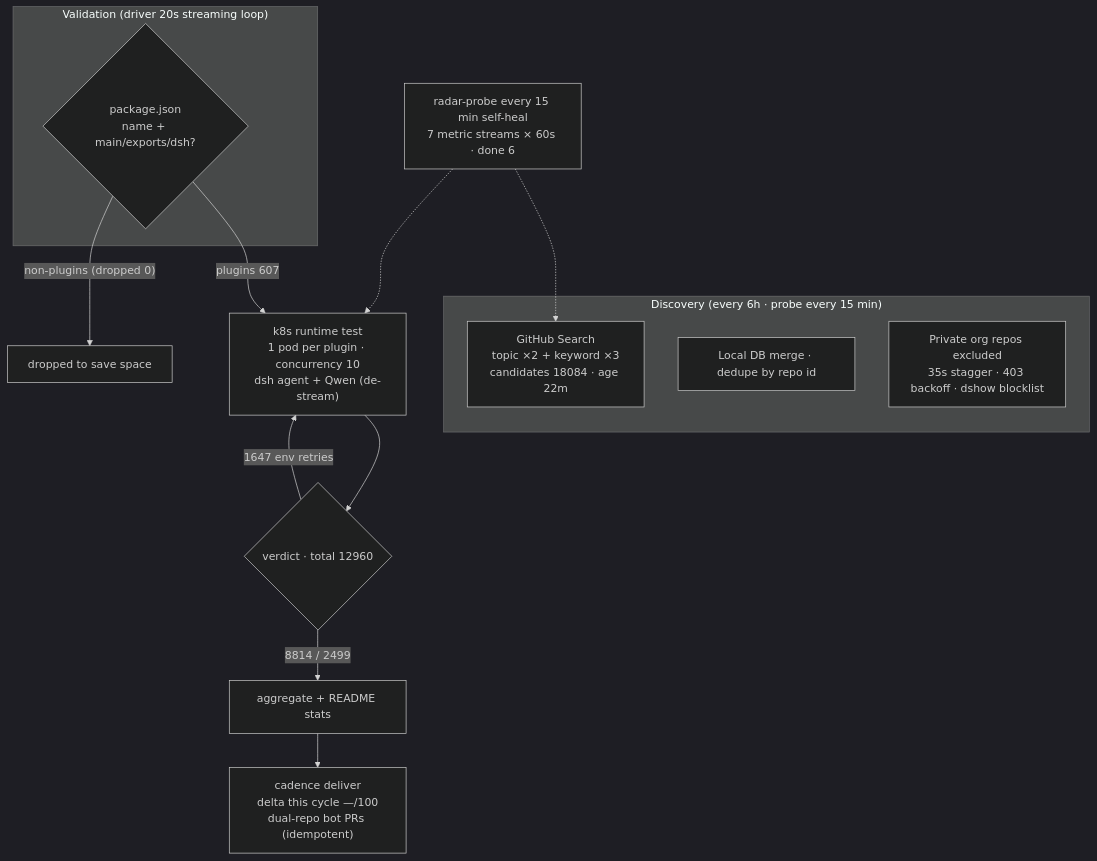
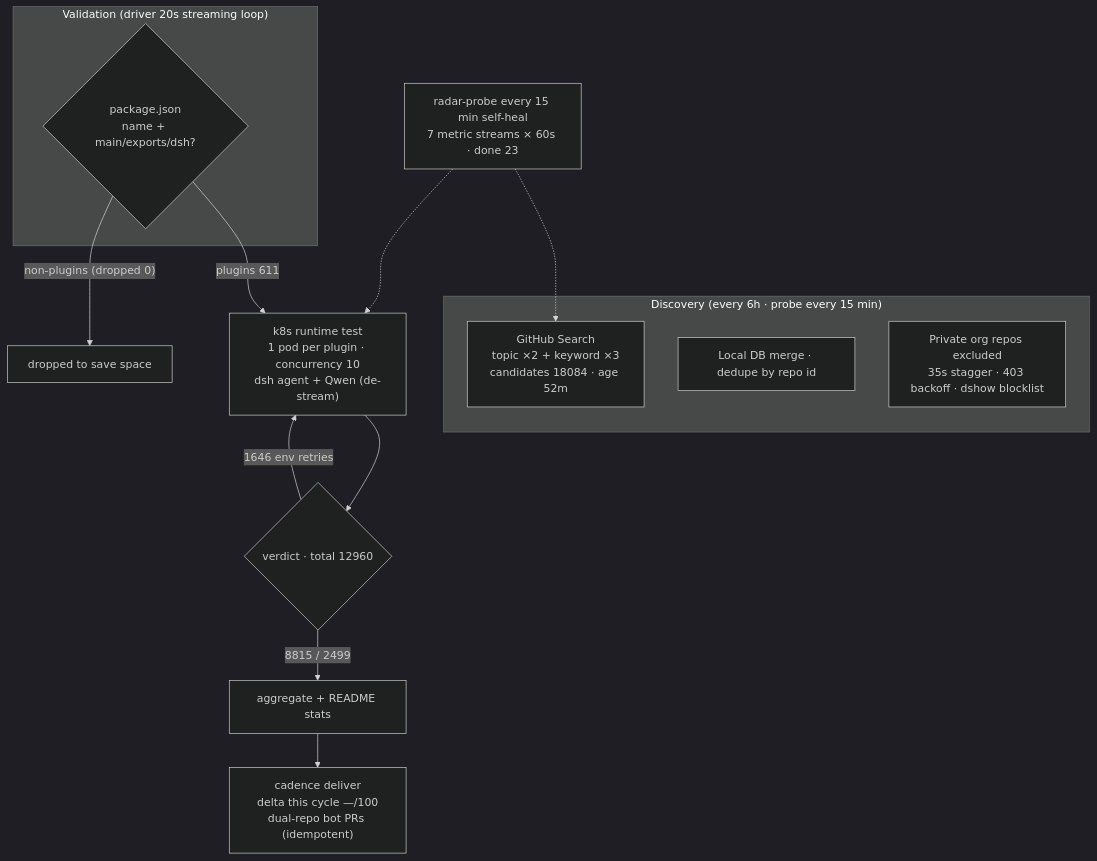
One commit to AdamPlatin123/awesome-dsh-plugins changed the diagram in README.en-US.md. Above: the diagram before and after it, drawn with Mermaid (dark theme). The commit also changed other lines of this file and 5 other files, not shown here.

````diff
--- a/README.en-US.md
+++ b/README.en-US.md
@@ -45,20 +45,20 @@
 ```mermaid
 flowchart TB
     subgraph Discovery["Discovery (every 6h · probe every 15 min)"]
-        A1["GitHub Search<br/>topic ×2 + keyword ×3<br/>candidates 18084 · age 22m"]
+        A1["GitHub Search<br/>topic ×2 + keyword ×3<br/>candidates 18084 · age 52m"]
         A2["Local DB merge · dedupe by repo id"]
         A3["Private org repos excluded<br/>35s stagger · 403 backoff · dshow blocklist"]
     end
     subgraph Validation["Validation (driver 20s streaming loop)"]
         B1{"package.json<br/>name + main/exports/dsh?"}
     end
-    B1 -->|"plugins 607"| C1["k8s runtime test<br/>1 pod per plugin · concurrency 10<br/>dsh agent + Qwen (de-stream)"]
+    B1 -->|"plugins 611"| C1["k8s runtime test<br/>1 pod per plugin · concurrency 10<br/>dsh agent + Qwen (de-stream)"]
     B1 -->|"non-plugins (dropped 0)"| B3["dropped to save space"]
     C1 --> D1{"verdict · total 12960"}
-    D1 -->|"8814 / 2499"| E1["aggregate + README stats"]
-    D1 -->|"1647 env retries"| C1
+    D1 -->|"8815 / 2499"| E1["aggregate + README stats"]
+    D1 -->|"1646 env retries"| C1
     E1 --> E2["cadence deliver<br/>delta this cycle —/100<br/>dual-repo bot PRs (idempotent)"]
-    M["radar-probe every 15 min self-heal<br/>7 metric streams × 60s · done 6"]
+    M["radar-probe every 15 min self-heal<br/>7 metric streams × 60s · done 23"]
     M -.-> A1
     M -.-> C1
 ```
````
